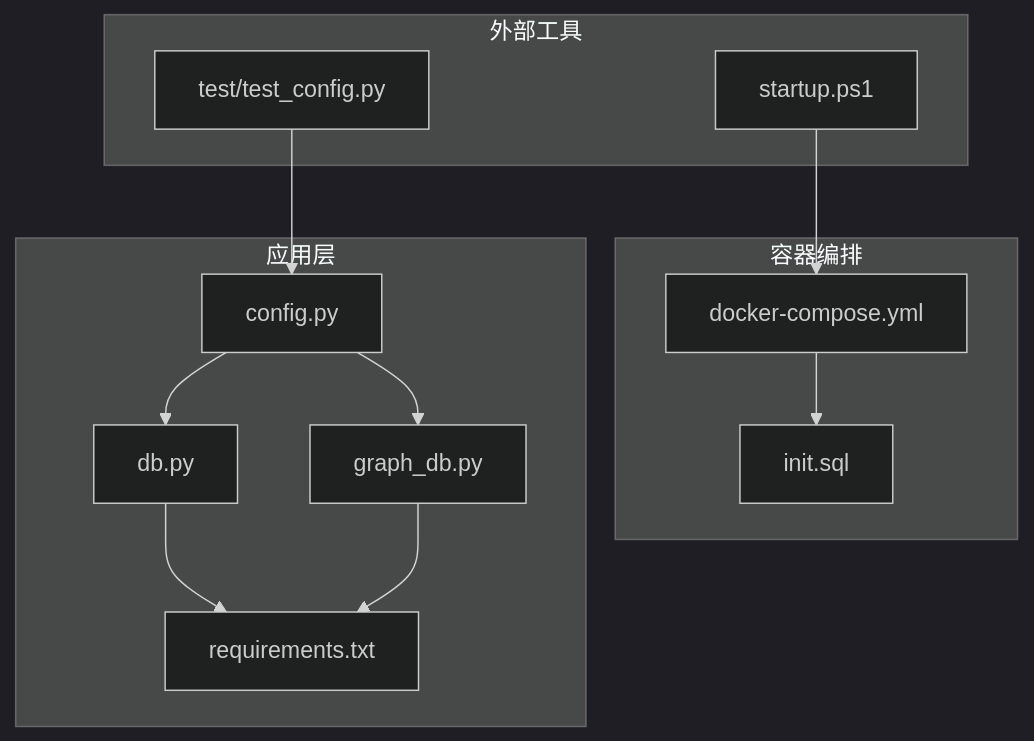
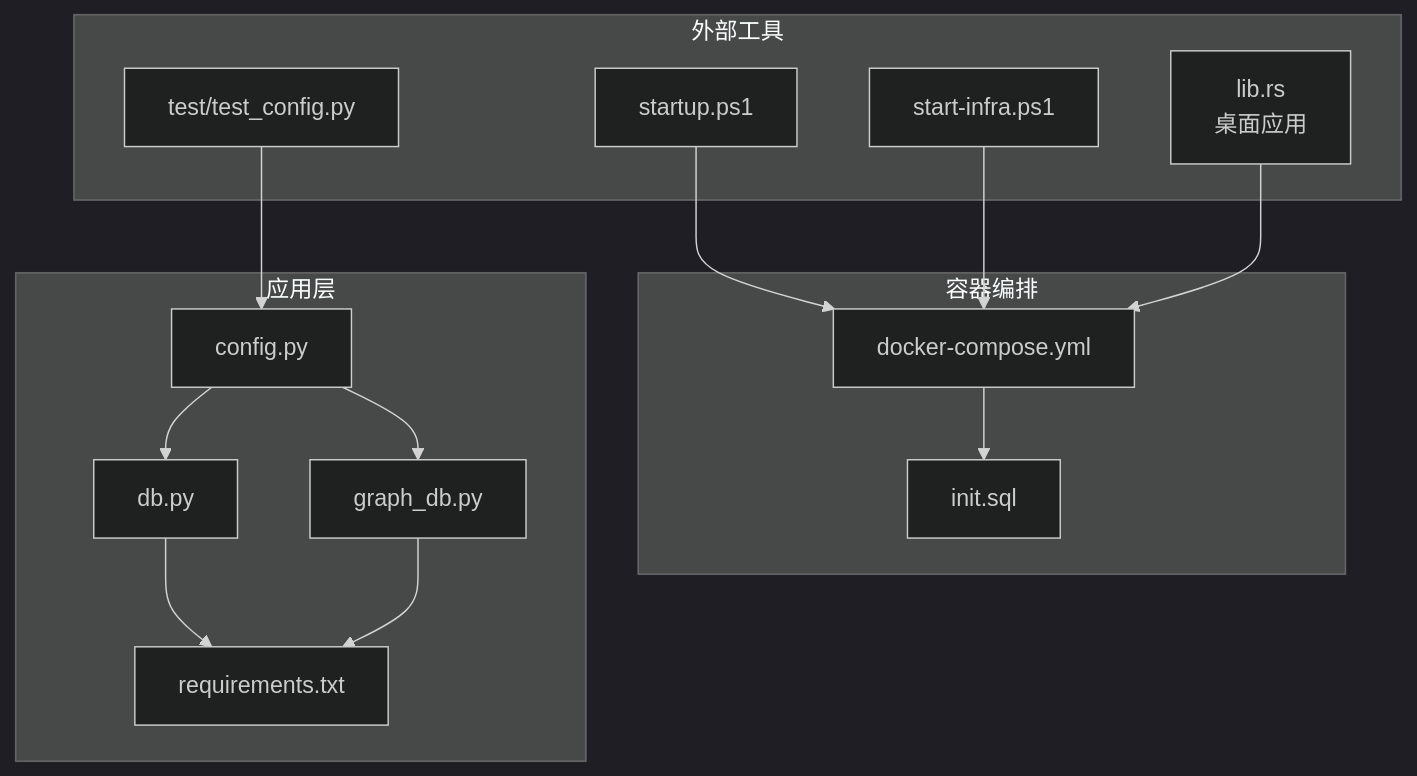
One commit to 1173591564/academic-based-qoder changed the first of 8 diagrams in .qoder/repowiki/zh/content/部署与运维/容器化部署.md. Above: the diagram before and after it, drawn with Mermaid (dark theme). The commit also changed other lines of this file and 110 other files, not shown here.

````diff
--- a/.qoder/repowiki/zh/content/部署与运维/容器化部署.md
+++ b/.qoder/repowiki/zh/content/部署与运维/容器化部署.md
@@ -41,24 +53,28 @@
 ```mermaid
 graph TB
 subgraph "容器编排"
 DC["docker-compose.yml"]
 INIT["init.sql"]
 end
 subgraph "应用层"
 CFG["config.py"]
 DB["db.py"]
 GDB["graph_db.py"]
 REQ["requirements.txt"]
 end
 subgraph "外部工具"
 START["startup.ps1"]
+STARTINFRA["start-infra.ps1"]
+TAURI["lib.rs<br/>桌面应用"]
 TEST["test/test_config.py"]
 end
 DC --> INIT
 CFG --> DB
 CFG --> GDB
 DB --> REQ
 GDB --> REQ
 START --> DC
+STARTINFRA --> DC
+TAURI --> DC
 TEST --> CFG
 ```
````
